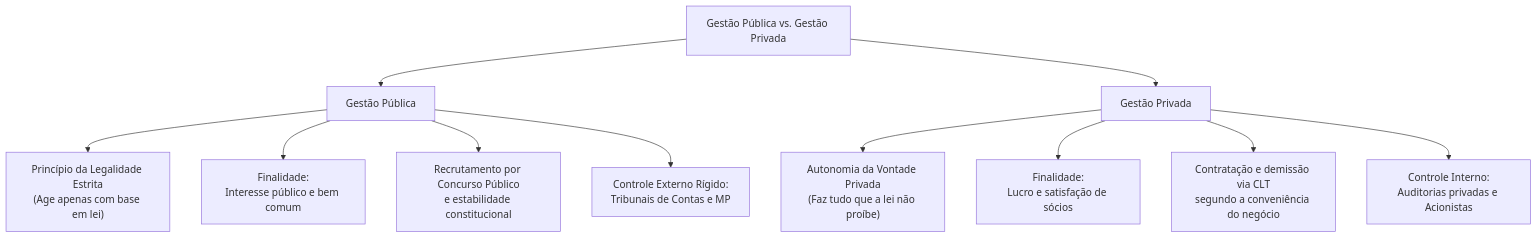
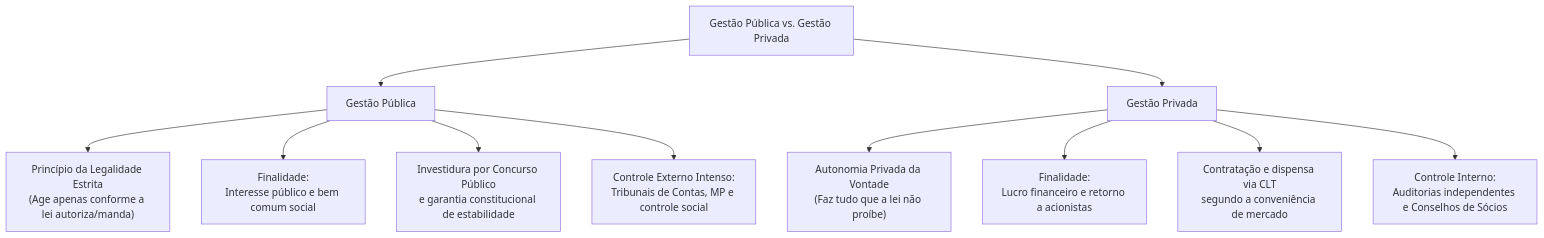
One commit to thiagosantos346/TCE-GO-2027 changed the fifth of 5 diagrams in fontes_de_estudo/conhecimentos_especificos_a01_tecnico_administrativo/21_nocoes_de_administracao_publica/01_organizacoes_formais_estruturas_e_processo_organizacional.md. Above: the diagram before and after it, drawn with Mermaid. The commit also changed other lines of this file and 119 other files, not shown here.

````diff
--- a/fontes_de_estudo/conhecimentos_especificos_a01_tecnico_administrativo/21_nocoes_de_administracao_publica/01_organizacoes_formais_estruturas_e_processo_organizacional.md
+++ b/fontes_de_estudo/conhecimentos_especificos_a01_tecnico_administrativo/21_nocoes_de_administracao_publica/01_organizacoes_formais_estruturas_e_processo_organizacional.md
@@ -197,17 +241,17 @@
 ```mermaid
 flowchart TD
     Comparativo["Gestão Pública vs. Gestão Privada"]
     
     Comparativo --> GP["Gestão Pública"]
     Comparativo --> GPR["Gestão Privada"]
     
-    GP --> L1["Princípio da Legalidade Estrita<br/>(Age apenas com base em lei)"]
-    GP --> F1["Finalidade:<br/>Interesse público e bem comum"]
-    GP --> P1["Recrutamento por Concurso Público<br/>e estabilidade constitucional"]
-    GP --> C1["Controle Externo Rígido:<br/>Tribunais de Contas e MP"]
+    GP --> L1["Princípio da Legalidade Estrita<br/>(Age apenas conforme a lei autoriza/manda)"]
+    GP --> F1["Finalidade:<br/>Interesse público e bem comum social"]
+    GP --> P1["Investidura por Concurso Público<br/>e garantia constitucional de estabilidade"]
+    GP --> C1["Controle Externo Intenso:<br/>Tribunais de Contas, MP e controle social"]
     
-    GPR --> L2["Autonomia da Vontade Privada<br/>(Faz tudo que a lei não proíbe)"]
-    GPR --> F2["Finalidade:<br/>Lucro e satisfação de sócios"]
-    GPR --> P2["Contratação e demissão via CLT<br/>segundo a conveniência do negócio"]
-    GPR --> C2["Controle Interno:<br/>Auditorias privadas e Acionistas"]
+    GPR --> L2["Autonomia Privada da Vontade<br/>(Faz tudo que a lei não proíbe)"]
+    GPR --> F2["Finalidade:<br/>Lucro financeiro e retorno a acionistas"]
+    GPR --> P2["Contratação e dispensa via CLT<br/>segundo a conveniência de mercado"]
+    GPR --> C2["Controle Interno:<br/>Auditorias independentes e Conselhos de Sócios"]
 ```
````
